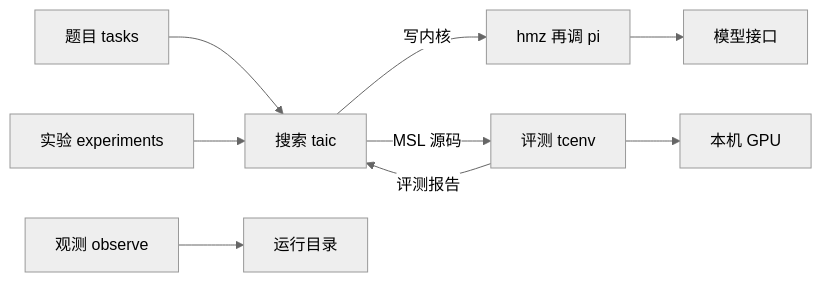
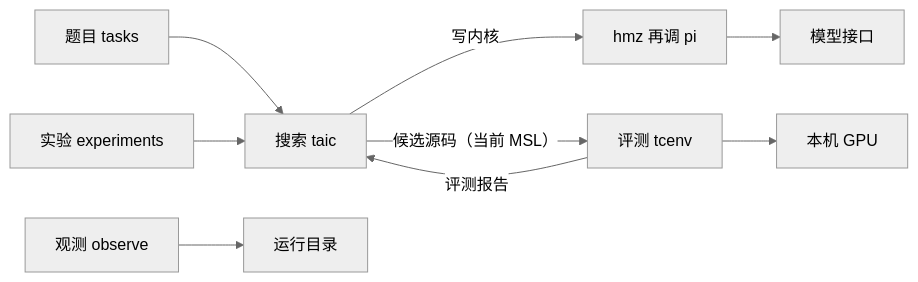
One commit to kuafuwang/ShapeForge changed the first of 2 diagrams in docs/架构说明.md. Above: the diagram before and after it, drawn with Mermaid (neutral theme). The commit also changed other lines of this file, not shown here.

````diff
--- a/docs/架构说明.md
+++ b/docs/架构说明.md
@@ -122,11 +124,11 @@
 ```mermaid
 flowchart LR
   tasks["题目 tasks"] --> taic["搜索 taic"]
   taic -->|"写内核"| hmz["hmz 再调 pi"]
   hmz --> llm["模型接口"]
-  taic -->|"MSL 源码"| tcenv["评测 tcenv"]
+  taic -->|"候选源码（当前 MSL）"| tcenv["评测 tcenv"]
   tcenv -->|"评测报告"| taic
   tcenv --> gpu["本机 GPU"]
   experiments["实验 experiments"] --> taic
   observe["观测 observe"] --> runs["运行目录"]
 ```
````
